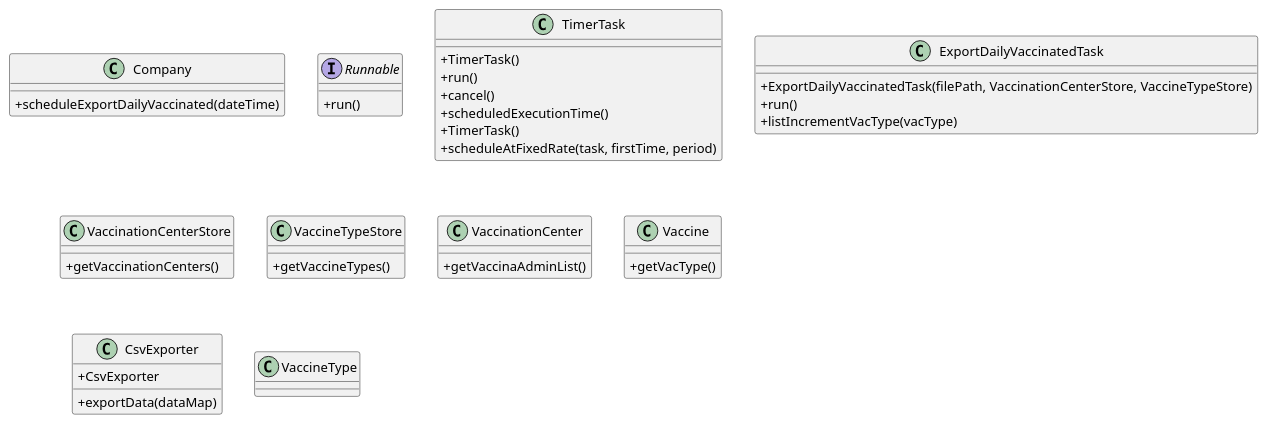
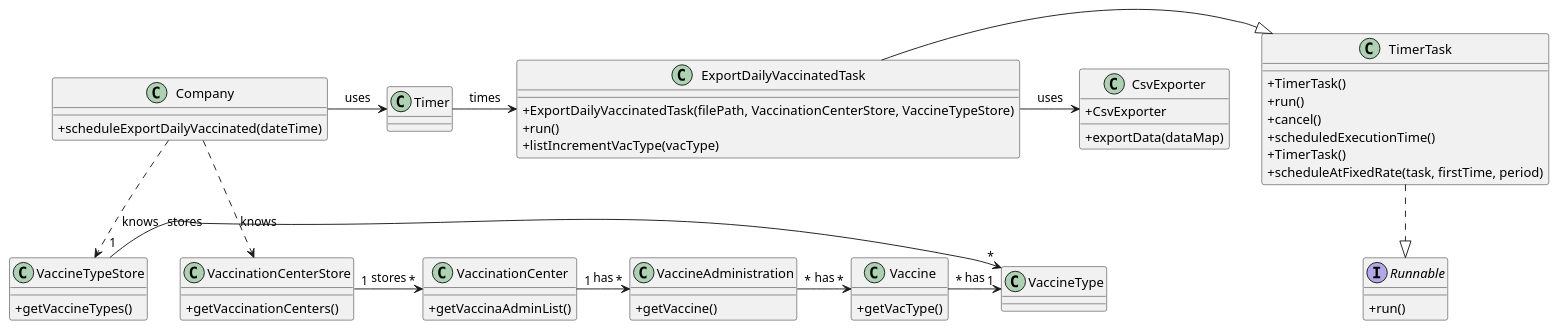
One commit to miseEnPlace-i/lapr2 changed the diagram in docs/SprintD/US06/CD/US06_CD.puml. Above: the diagram before and after it, drawn with PlantUML. The commit also changed 1 other file, not shown here.

```diff
--- a/docs/SprintD/US06/CD/US06_CD.puml
+++ b/docs/SprintD/US06/CD/US06_CD.puml
@@ -1,53 +1,70 @@
 @startuml
 skinparam classAttributeIconSize 0
 
 class Company{
     +scheduleExportDailyVaccinated(dateTime)
 }
 
 interface Runnable{
     +run()
 }
 
 abstract TimerTask{
     +TimerTask()
     +run()
     +cancel()
     +scheduledExecutionTime()
 }
 
 class ExportDailyVaccinatedTask {
     +ExportDailyVaccinatedTask(filePath, VaccinationCenterStore, VaccineTypeStore)
     +run()
     +listIncrementVacType(vacType)
 }
 
 class TimerTask{
     +TimerTask()
     +scheduleAtFixedRate(task, firstTime, period)
 }
 
 class VaccinationCenterStore {
     +getVaccinationCenters()
 }
 
 class VaccineTypeStore {
     +getVaccineTypes()
 }
 
 class VaccinationCenter {
     +getVaccinaAdminList()
 }
 
 class Vaccine {
     +getVacType()
 }
 
 class CsvExporter {
     +CsvExporter
     +exportData(dataMap)
 }
 
+class VaccineAdministration {
+    +getVaccine()
+}
+
 class VaccineType {}
 
+TimerTask ..|> Runnable
+ExportDailyVaccinatedTask -|> TimerTask
+Company ..> VaccinationCenterStore : knows
+Company ..> VaccineTypeStore : knows
+Vaccine "*" -> "1" VaccineType : has
+VaccineAdministration "*" -> "*" Vaccine : has
+VaccinationCenter "1" -> "*" VaccineAdministration : has
+VaccineTypeStore "1" -> "*" VaccineType : stores
+VaccinationCenterStore "1" -> "*" VaccinationCenter : stores
+Company -> Timer : uses
+Timer -> ExportDailyVaccinatedTask : times
+ExportDailyVaccinatedTask -> CsvExporter : uses
+
 @enduml
```
